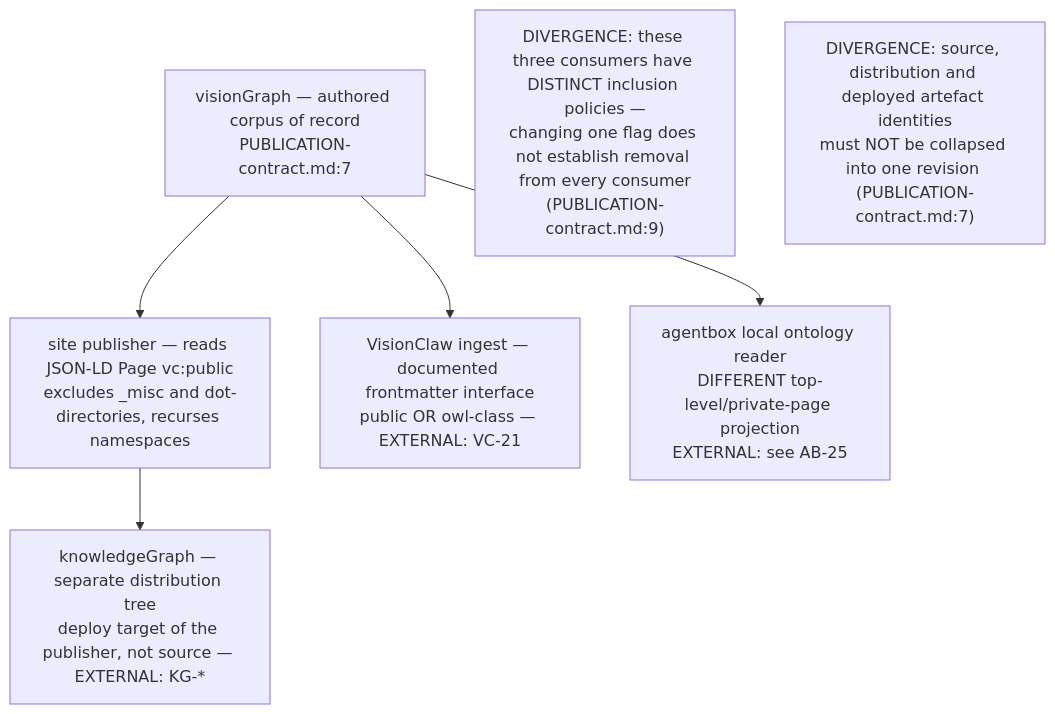
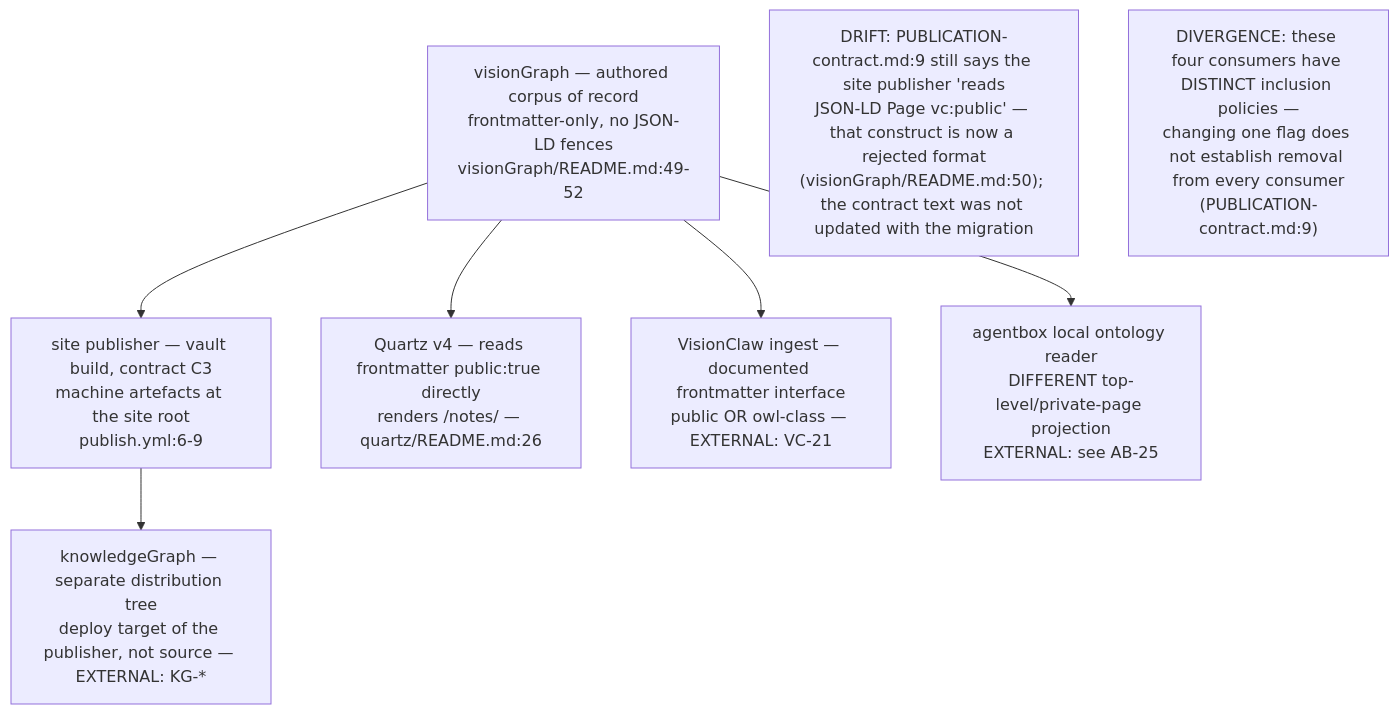
One commit to DreamLab-AI/VisionFlow changed the second of 5 diagrams in docs/diagrams/visiongraph/01-vault-structure-and-contract.md. Above: the diagram before and after it, drawn with Mermaid. The commit also changed other lines of this file and 136 other files, not shown here.

First line of the commit message:
docs(diagrams): refresh the whole corpus to code HEAD and prune low-value diagrams

````diff
--- a/docs/diagrams/visiongraph/01-vault-structure-and-contract.md
+++ b/docs/diagrams/visiongraph/01-vault-structure-and-contract.md
@@ -60,14 +63,16 @@
 ```mermaid
 flowchart TB
-    SRC["visionGraph — authored corpus of record<br/>PUBLICATION-contract.md:7"]
-    SITE["site publisher — reads JSON-LD Page vc:public<br/>excludes _misc and dot-directories, recurses namespaces"]
+    SRC["visionGraph — authored corpus of record<br/>frontmatter-only, no JSON-LD fences<br/>visionGraph/README.md:49-52"]
+    SITE["site publisher — vault build, contract C3<br/>machine artefacts at the site root<br/>publish.yml:6-9"]
+    QRTZ["Quartz v4 — reads frontmatter public:true directly<br/>renders #47;notes#47; — quartz/README.md:26"]
     VC["VisionClaw ingest — documented frontmatter interface<br/>public OR owl-class — EXTERNAL: VC-21"]
     AB["agentbox local ontology reader<br/>DIFFERENT top-level/private-page projection<br/>EXTERNAL: see AB-25"]
     KG["knowledgeGraph — separate distribution tree<br/>deploy target of the publisher, not source — EXTERNAL: KG-*"]
     SRC --> SITE
+    SRC --> QRTZ
     SRC --> VC
     SRC --> AB
     SITE --> KG
-    note1["DIVERGENCE: these three consumers have DISTINCT inclusion policies —<br/>changing one flag does not establish removal from every consumer<br/>#40;PUBLICATION-contract.md:9#41;"]
-    note2["DIVERGENCE: source, distribution and deployed artefact identities<br/>must NOT be collapsed into one revision #40;PUBLICATION-contract.md:7#41;"]
+    note1["DRIFT: PUBLICATION-contract.md:9 still says the site publisher 'reads<br/>JSON-LD Page vc:public' — that construct is now a rejected format<br/>#40;visionGraph/README.md:50#41;; the contract text was not updated with the migration"]
+    note2["DIVERGENCE: these four consumers have DISTINCT inclusion policies —<br/>changing one flag does not establish removal from every consumer<br/>#40;PUBLICATION-contract.md:9#41;"]
 ```
````
